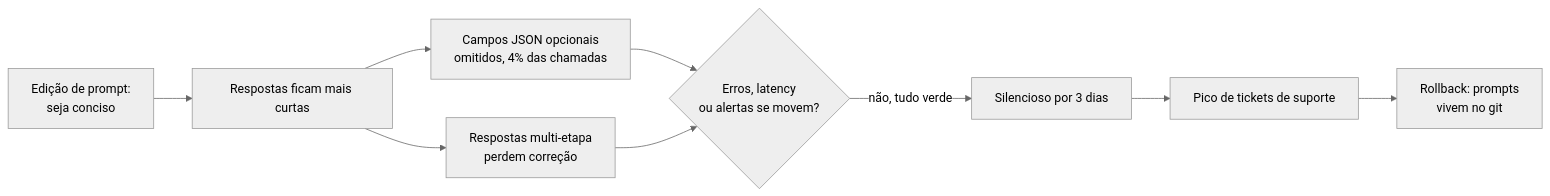
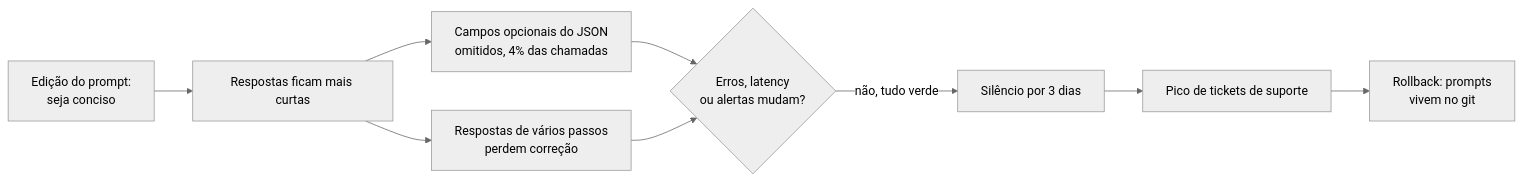
One commit to andrevberaldo/AI-Engineer-Interview-Questions changed the fifth of 13 diagrams in 13-interview-process-and-behavioral/questions.pt-BR.md. Above: the diagram before and after it, drawn with Mermaid (neutral theme). The commit also changed other lines of this file and 1 other file, not shown here.

````diff
--- a/13-interview-process-and-behavioral/questions.pt-BR.md
+++ b/13-interview-process-and-behavioral/questions.pt-BR.md
@@ -355,11 +355,11 @@
 ```mermaid
 flowchart LR
-    A["Edição de prompt:<br/>seja conciso"] --> B["Respostas ficam mais curtas"]
-    B --> C["Campos JSON opcionais<br/>omitidos, 4% das chamadas"]
-    B --> D["Respostas multi-etapa<br/>perdem correção"]
-    C --> E{"Erros, latency<br/>ou alertas se movem?"}
+    A["Edição do prompt:<br/>seja conciso"] --> B["Respostas ficam mais curtas"]
+    B --> C["Campos opcionais do JSON<br/>omitidos, 4% das chamadas"]
+    B --> D["Respostas de vários passos<br/>perdem correção"]
+    C --> E{"Erros, latency<br/>ou alertas mudam?"}
     D --> E
-    E -->|"não, tudo verde"| F["Silencioso por 3 dias"]
+    E -->|"não, tudo verde"| F["Silêncio por 3 dias"]
     F --> G["Pico de tickets de suporte"]
     G --> H["Rollback: prompts<br/>vivem no git"]
 ```
````
